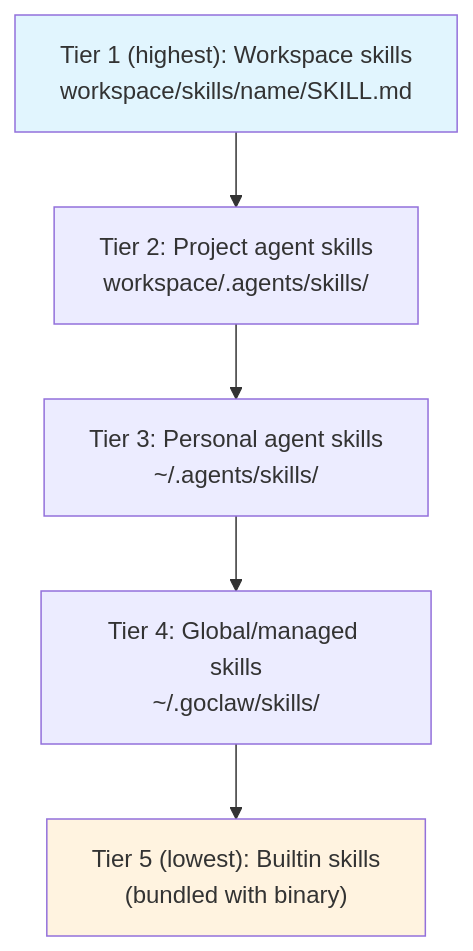
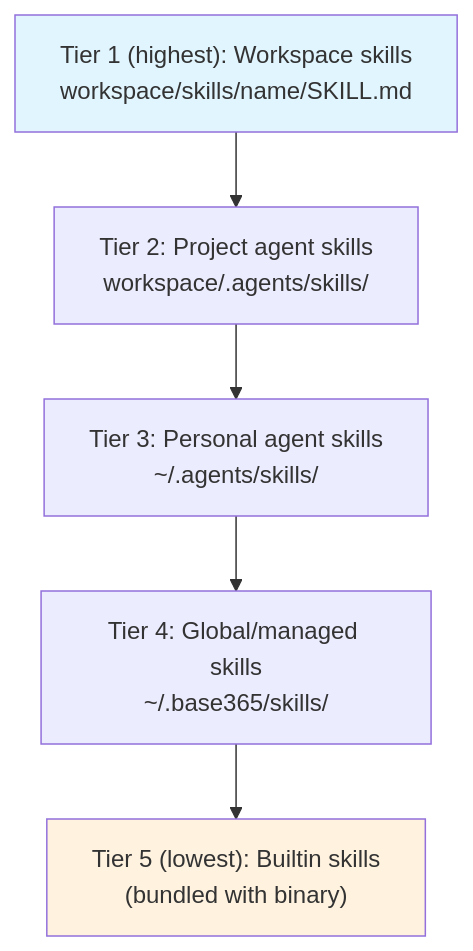
One commit to edyoCampos/base365 changed the fifth of 14 diagrams in docs/07-bootstrap-skills-memory.md. Above: the diagram before and after it, drawn with Mermaid. The commit also changed other lines of this file and 2108 other files, not shown here.

````diff
--- a/docs/07-bootstrap-skills-memory.md
+++ b/docs/07-bootstrap-skills-memory.md
@@ -263,11 +263,11 @@
 ```mermaid
 flowchart TD
     T1["Tier 1 (highest): Workspace skills<br/>workspace/skills/name/SKILL.md"] --> T2
     T2["Tier 2: Project agent skills<br/>workspace/.agents/skills/"] --> T3
     T3["Tier 3: Personal agent skills<br/>~/.agents/skills/"] --> T4
-    T4["Tier 4: Global/managed skills<br/>~/.goclaw/skills/"] --> T5
+    T4["Tier 4: Global/managed skills<br/>~/.base365/skills/"] --> T5
     T5["Tier 5 (lowest): Builtin skills<br/>(bundled with binary)"]
 
     style T1 fill:#e1f5fe
     style T5 fill:#fff3e0
 ```
````
